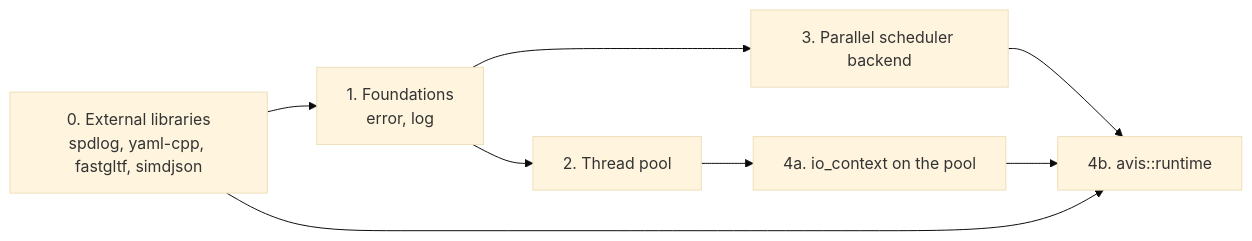
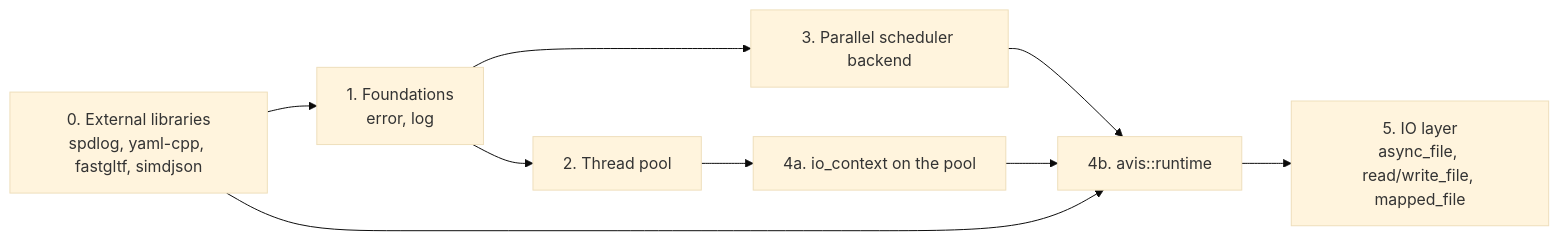
The diagram in docs/tasks/README.md (KevindeQ/avis), drawn with Mermaid (base theme) before and after one commit. The commit also changed other lines of this file and 7 other files, not shown here.

````diff
--- a/docs/tasks/README.md
+++ b/docs/tasks/README.md
@@ -19,10 +21,11 @@
 ```mermaid
 flowchart LR
     ext[0. External libraries<br/>spdlog, yaml-cpp, fastgltf, simdjson] --> f[1. Foundations<br/>error, log]
     f --> tp[2. Thread pool]
     f --> ps[3. Parallel scheduler backend]
     tp --> io[4a. io_context on the pool]
     ps --> rt[4b. avis::runtime]
     io --> rt
     ext --> rt
+    rt --> iol[5. IO layer<br/>async_file, read/write_file, mapped_file]
 ```
````
